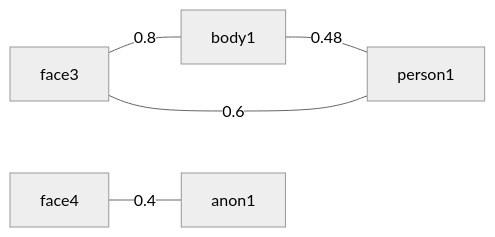
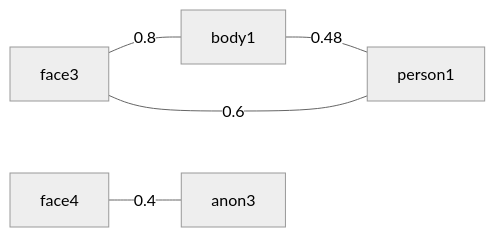
Before and after one commit to ros4hri/hri_person_manager: diagram 18 of 34 in test/test-graphs.md, drawn with Mermaid (neutral theme). The commit also changed other lines of this file and 3 other files, not shown here.

````diff
--- a/test/test-graphs.md
+++ b/test/test-graphs.md
@@ -239,8 +240,8 @@
 ``` mermaid
 graph LR
 
 face3 ---|0.8| body1
 face3 ---|0.6| person1
 body1 ---|0.48| person1
-face4 ---|0.4| anon1
+face4 ---|0.4| anon3
 ```
````
